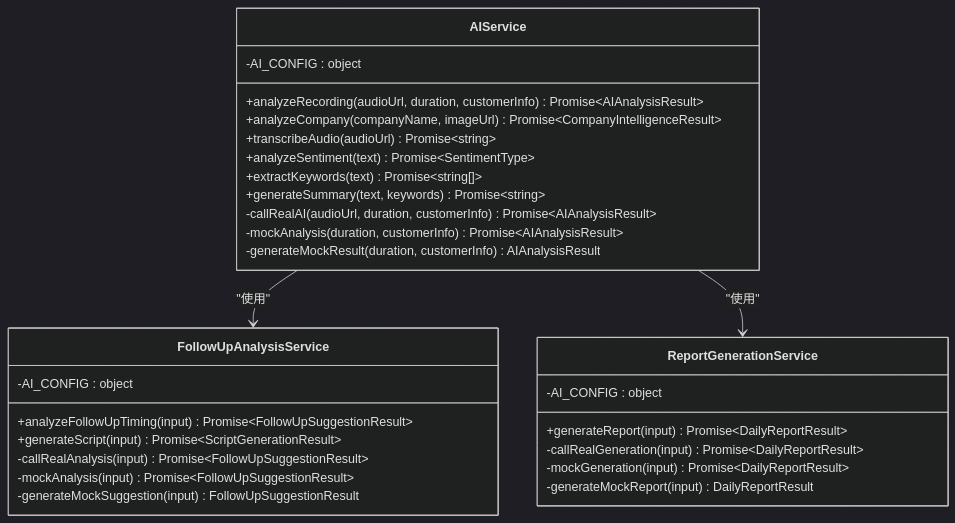
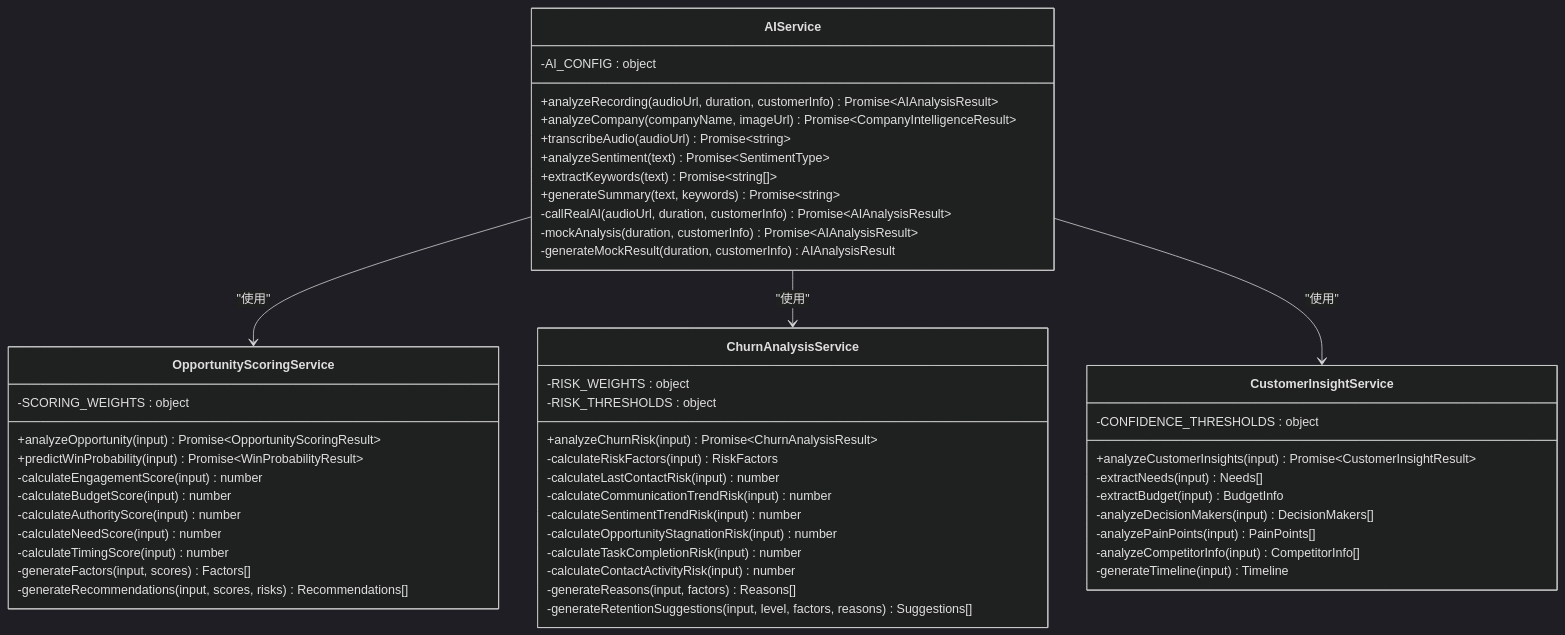
One commit to xianjianshenqu/SalesFlow-CRM changed the third of 7 diagrams in .qoder/repowiki/zh/content/核心组件/AI助手.md. Above: the diagram before and after it, drawn with Mermaid (dark theme). The commit also changed other lines of this file and 36 other files, not shown here.

````diff
--- a/.qoder/repowiki/zh/content/核心组件/AI助手.md
+++ b/.qoder/repowiki/zh/content/核心组件/AI助手.md
@@ -160,32 +202,54 @@
 ```mermaid
 classDiagram
 class AIService {
 -AI_CONFIG : object
 +analyzeRecording(audioUrl, duration, customerInfo) Promise~AIAnalysisResult~
 +analyzeCompany(companyName, imageUrl) Promise~CompanyIntelligenceResult~
 +transcribeAudio(audioUrl) Promise~string~
 +analyzeSentiment(text) Promise~SentimentType~
 +extractKeywords(text) Promise~string[]~
 +generateSummary(text, keywords) Promise~string~
 -callRealAI(audioUrl, duration, customerInfo) Promise~AIAnalysisResult~
 -mockAnalysis(duration, customerInfo) Promise~AIAnalysisResult~
 -generateMockResult(duration, customerInfo) AIAnalysisResult
 }
-class FollowUpAnalysisService {
--AI_CONFIG : object
-+analyzeFollowUpTiming(input) Promise~FollowUpSuggestionResult~
-+generateScript(input) Promise~ScriptGenerationResult~
--callRealAnalysis(input) Promise~FollowUpSuggestionResult~
--mockAnalysis(input) Promise~FollowUpSuggestionResult~
--generateMockSuggestion(input) FollowUpSuggestionResult
+class OpportunityScoringService {
+-SCORING_WEIGHTS : object
++analyzeOpportunity(input) Promise~OpportunityScoringResult~
++predictWinProbability(input) Promise~WinProbabilityResult~
+-calculateEngagementScore(input) number
+-calculateBudgetScore(input) number
+-calculateAuthorityScore(input) number
+-calculateNeedScore(input) number
+-calculateTimingScore(input) number
+-generateFactors(input, scores) Factors[]
+-generateRecommendations(input, scores, risks) Recommendations[]
 }
-class ReportGenerationService {
--AI_CONFIG : object
-+generateReport(input) Promise~DailyReportResult~
--callRealGeneration(input) Promise~DailyReportResult~
--mockGeneration(input) Promise~DailyReportResult~
--generateMockReport(input) DailyReportResult
+class ChurnAnalysisService {
+-RISK_WEIGHTS : object
+-RISK_THRESHOLDS : object
++analyzeChurnRisk(input) Promise~ChurnAnalysisResult~
+-calculateRiskFactors(input) RiskFactors
+-calculateLastContactRisk(input) number
+-calculateCommunicationTrendRisk(input) number
+-calculateSentimentTrendRisk(input) number
+-calculateOpportunityStagnationRisk(input) number
+-calculateTaskCompletionRisk(input) number
+-calculateContactActivityRisk(input) number
+-generateReasons(input, factors) Reasons[]
+-generateRetentionSuggestions(input, level, factors, reasons) Suggestions[]
 }
-AIService --> FollowUpAnalysisService : "使用"
-AIService --> ReportGenerationService : "使用"
+class CustomerInsightService {
+-CONFIDENCE_THRESHOLDS : object
++analyzeCustomerInsights(input) Promise~CustomerInsightResult~
+-extractNeeds(input) Needs[]
+-extractBudget(input) BudgetInfo
+-analyzeDecisionMakers(input) DecisionMakers[]
+-analyzePainPoints(input) PainPoints[]
+-analyzeCompetitorInfo(input) CompetitorInfo[]
+-generateTimeline(input) Timeline
+}
+AIService --> OpportunityScoringService : "使用"
+AIService --> ChurnAnalysisService : "使用"
+AIService --> CustomerInsightService : "使用"
 ```
````
